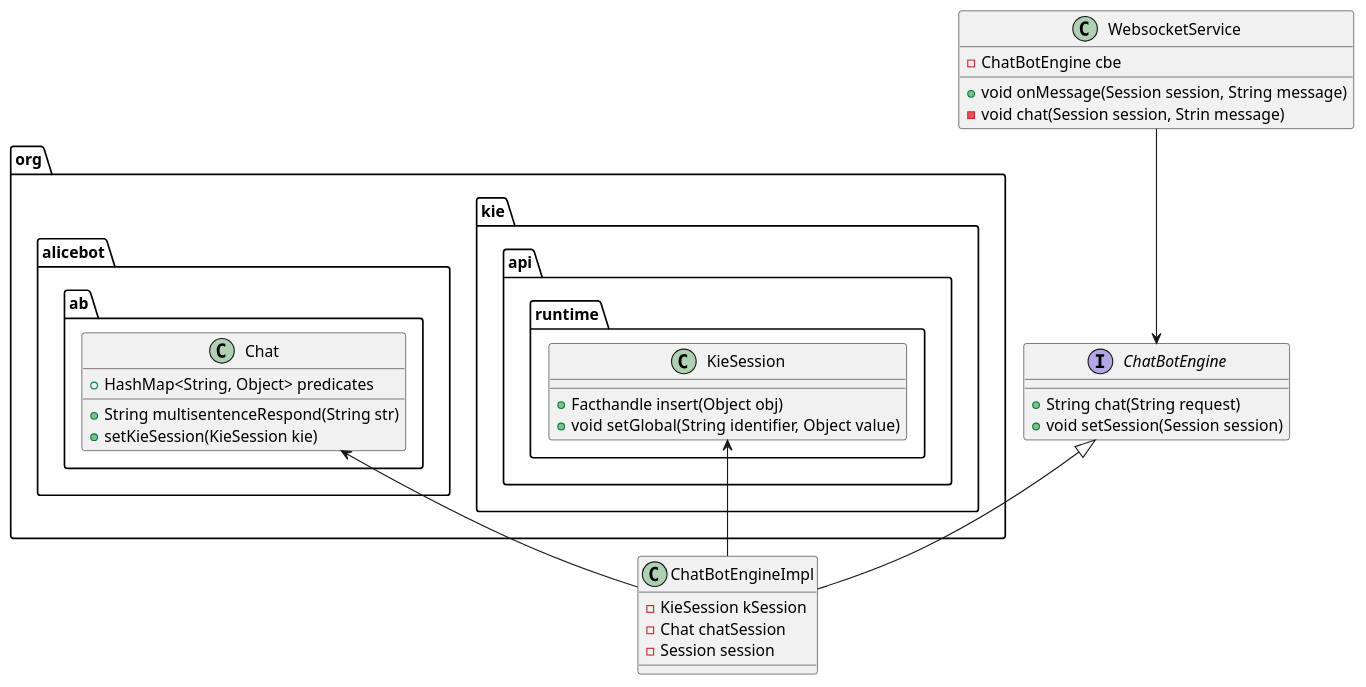
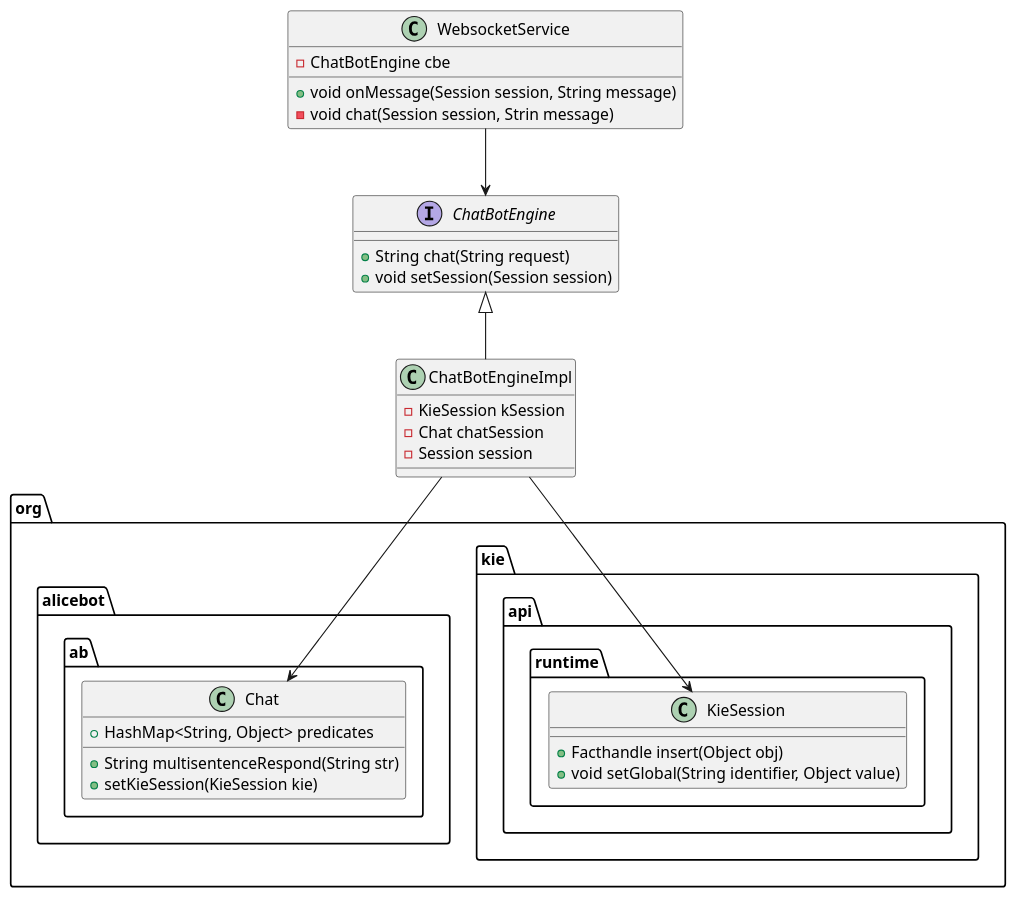
The fourth of 27 diagrams in thesis/thesis.org (jappeace/methods-homework), drawn with PlantUML before and after one commit. The commit also changed other lines of this file, not shown here.

```diff
--- a/thesis/thesis.org
+++ b/thesis/thesis.org
@@ -1355,34 +1361,34 @@
 #+BEGIN_SRC plantuml :cache yes :file img/uml/class.png :exports results
   interface ChatBotEngine{
     +String chat(String request)
     +void setSession(Session session)
   }
   class ChatBotEngineImpl {
     -KieSession kSession
     -Chat chatSession
     -Session session
   }
   ChatBotEngine <|-- ChatBotEngineImpl
   class WebsocketService{
     -ChatBotEngine cbe
     +void onMessage(Session session, String message)
     -void chat(Session session, Strin message)
   }
   WebsocketService --> ChatBotEngine
 
   package org.kie.api.runtime{
-  KieSession <-- ChatBotEngineImpl
+  ChatBotEngineImpl --> KieSession 
   class KieSession{
       +Facthandle insert(Object obj)
       +void setGlobal(String identifier, Object value)
   }
   }
   package org.alicebot.ab{
-  Chat <-- ChatBotEngineImpl
+  ChatBotEngineImpl --> Chat
     class Chat{
       +HashMap<String, Object> predicates
       +String multisentenceRespond(String str)
       +setKieSession(KieSession kie)
     }
   }
 #+END_SRC
```
